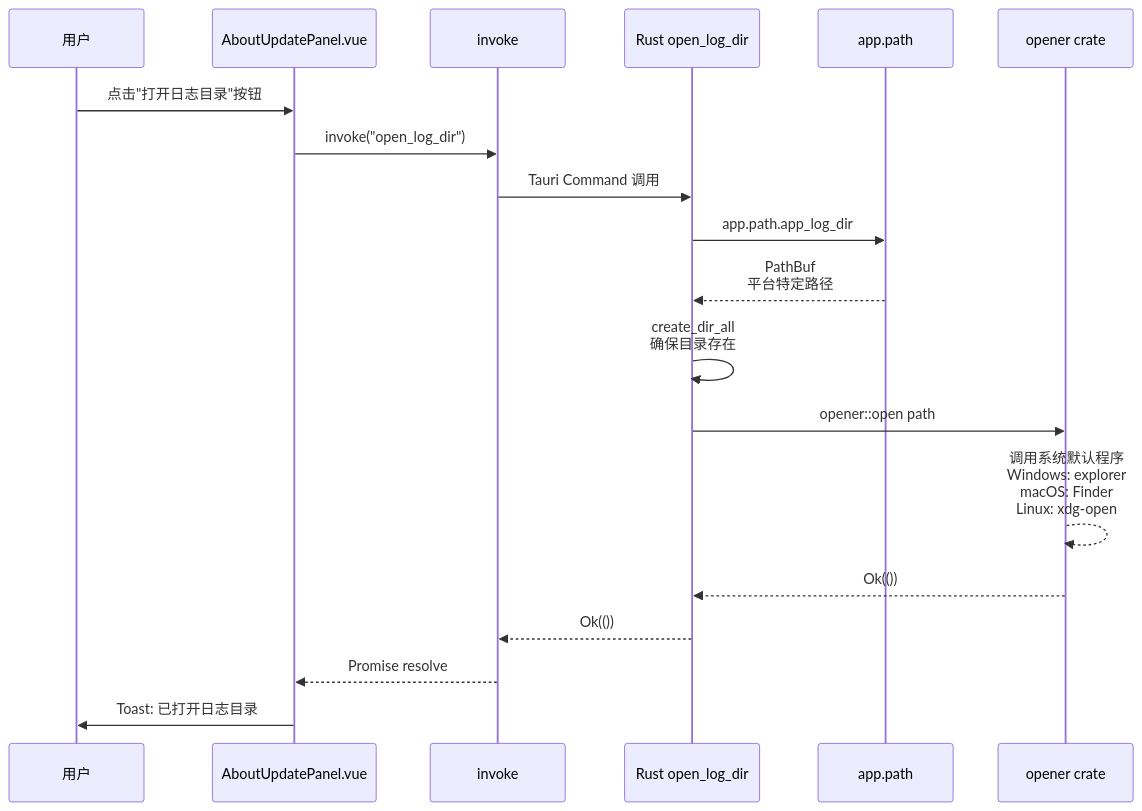
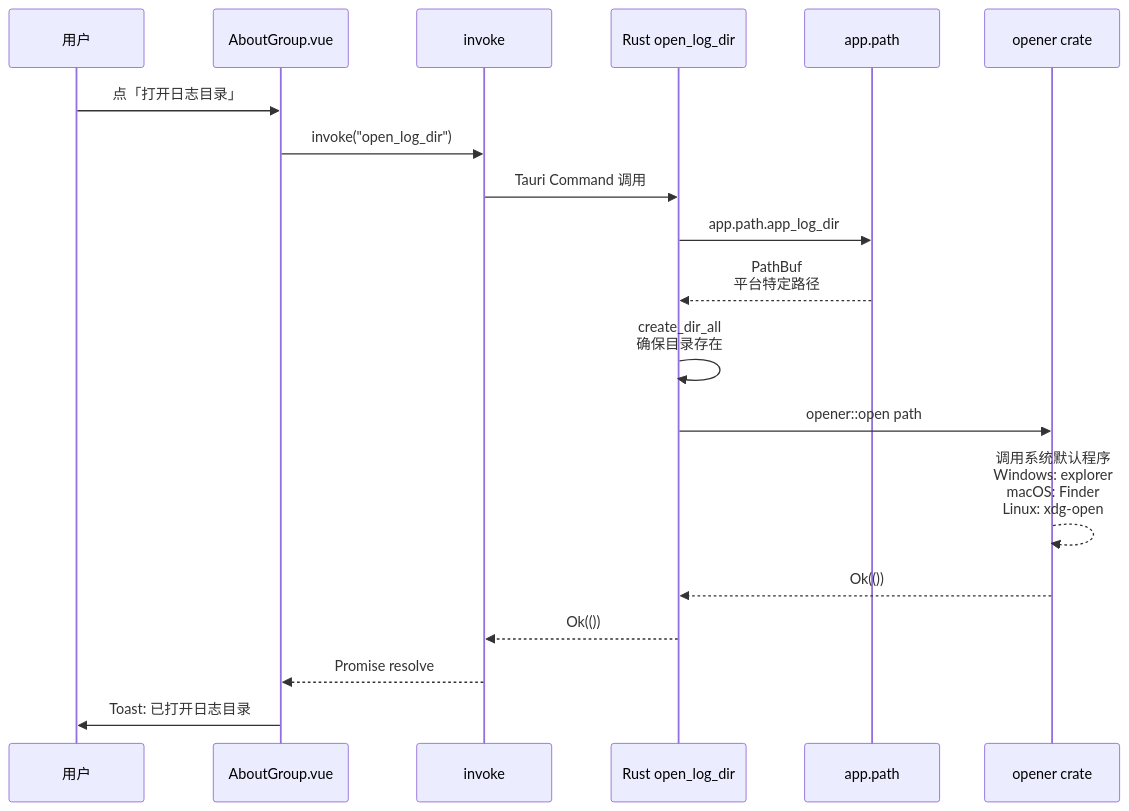
Before and after one commit to joeyliu6/PicNexus: the third of 4 diagrams in docs/flows/logger-diagnostics-flow.md, drawn with Mermaid. The commit also changed other lines of this file and 16 other files, not shown here.

Commit message:
docs: flows, reference and design docs describe the new settings page, sync and update flow

````diff
--- a/docs/flows/logger-diagnostics-flow.md
+++ b/docs/flows/logger-diagnostics-flow.md
@@ -125,26 +125,26 @@
 ```mermaid
 sequenceDiagram
     participant U as 用户
-    participant V as AboutUpdatePanel.vue
+    participant V as AboutGroup.vue
     participant I as invoke
     participant R as Rust open_log_dir
     participant P as app.path
     participant O as opener crate
 
-    U->>V: 点击"打开日志目录"按钮
+    U->>V: 点「打开日志目录」
     V->>I: invoke("open_log_dir")
     I->>R: Tauri Command 调用
 
     R->>P: app.path.app_log_dir
     P-->>R: PathBuf<br/>平台特定路径
 
     R->>R: create_dir_all<br/>确保目录存在
 
     R->>O: opener::open path
     O-->>O: 调用系统默认程序<br/>Windows: explorer<br/>macOS: Finder<br/>Linux: xdg-open
 
     O-->>R: Ok(())
     R-->>I: Ok(())
     I-->>V: Promise resolve
     V->>U: Toast: 已打开日志目录
 ```
````
